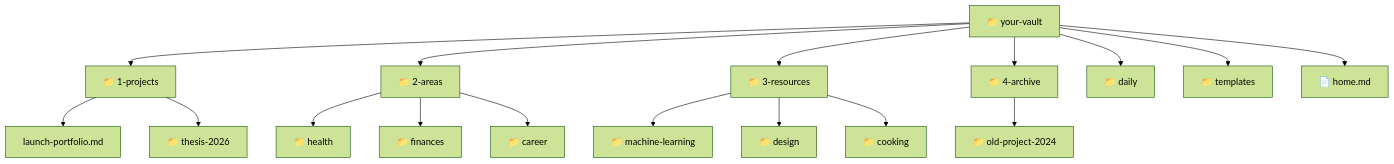
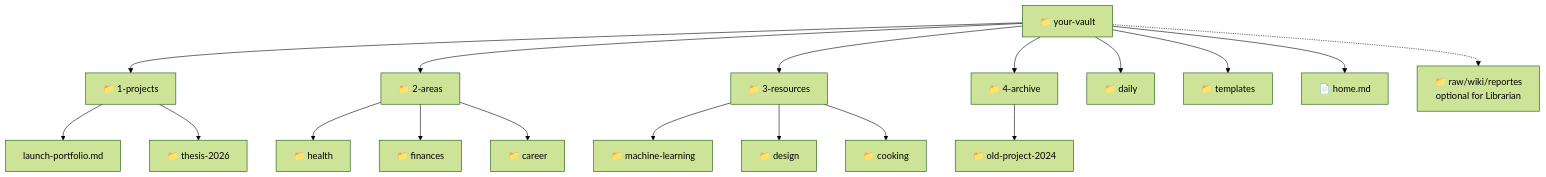
Before and after one commit to VanessaPellegrini/second-brain-ecosystem: the diagram in second-brain/guides/en/04-vault-structure.md, drawn with Mermaid (forest theme). The commit also changed other lines of this file and 17 other files, not shown here.

First line of the commit message:
feat: add starter templates and document optional AI layer for Librarian

````diff
--- a/second-brain/guides/en/04-vault-structure.md
+++ b/second-brain/guides/en/04-vault-structure.md
@@ -20,20 +20,21 @@
 ```mermaid
 graph TD
     Vault[📁 your-vault] --> P[📁 1-projects]
     Vault --> A[📁 2-areas]
     Vault --> R[📁 3-resources]
     Vault --> Arc[📁 4-archive]
     Vault --> D[📁 daily]
     Vault --> T[📁 templates]
     Vault --> H[📄 home.md]
+    Vault -.-> AI[📁 raw/wiki/reportes<br/>optional for Librarian]
 
     P --> P1[launch-portfolio.md]
     P --> P2[📁 thesis-2026]
     A --> A1[📁 health]
     A --> A2[📁 finances]
     A --> A3[📁 career]
     R --> R1[📁 machine-learning]
     R --> R2[📁 design]
     R --> R3[📁 cooking]
     Arc --> Arc1[📁 old-project-2024]
 ```
````
